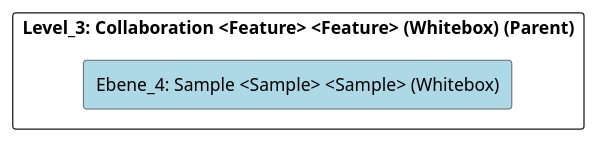
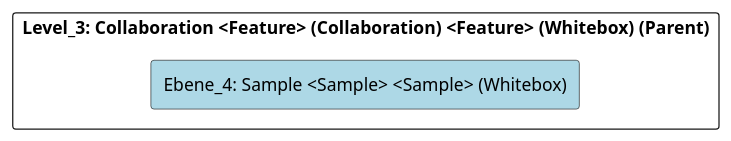
One commit to marcozwyssig/cleon changed the diagram in doc/cleonproject_deliverables_architecture_model_architecture/adoc/de/05_bausteinsicht/cleon/publishing/collaboration/sample/ebene_4_sample.adoc. Above: the diagram before and after it, drawn with PlantUML. The commit also changed other lines of this file and 166 other files, not shown here.

```diff
--- a/doc/cleonproject_deliverables_architecture_model_architecture/adoc/de/05_bausteinsicht/cleon/publishing/collaboration/sample/ebene_4_sample.adoc
+++ b/doc/cleonproject_deliverables_architecture_model_architecture/adoc/de/05_bausteinsicht/cleon/publishing/collaboration/sample/ebene_4_sample.adoc
@@ -24,24 +24,24 @@
 [plantuml, Ebene_4: Sample <Sample> <Sample> (Whitebox)BlockOverview, format="svg"]
 ----
 @startuml Ebene_4: Sample <Sample> <Sample> (Whitebox)BuildingBlockOverview
 
 skinparam ranksep 10
 skinparam componentStyle rectangle
 skinparam shadowing false
 skinparam arrowColor lightblue
 skinparam arrowThickness 1.2
 skinparam rectangle {
   BackgroundColor White
   BorderColor #333
   RoundCorner 10
 }
 top to bottom direction
 
-component "Level_3: Collaboration <Feature> <Feature> (Whitebox) (Parent)" {
+component "Level_3: Collaboration <Feature> (Collaboration) <Feature> (Whitebox) (Parent)" {
     component "Ebene_4: Sample <Sample> <Sample> (Whitebox)" #lightblue {
     }
 
 }
 
 @enduml
 ----
```
